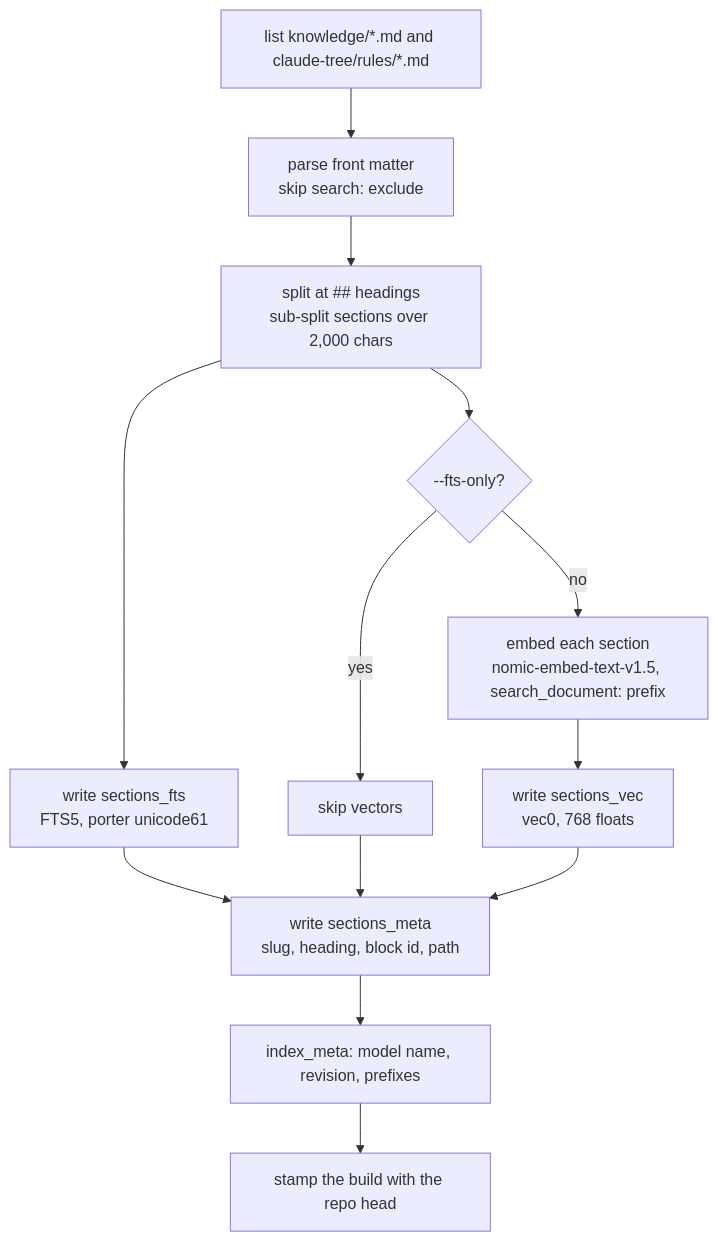
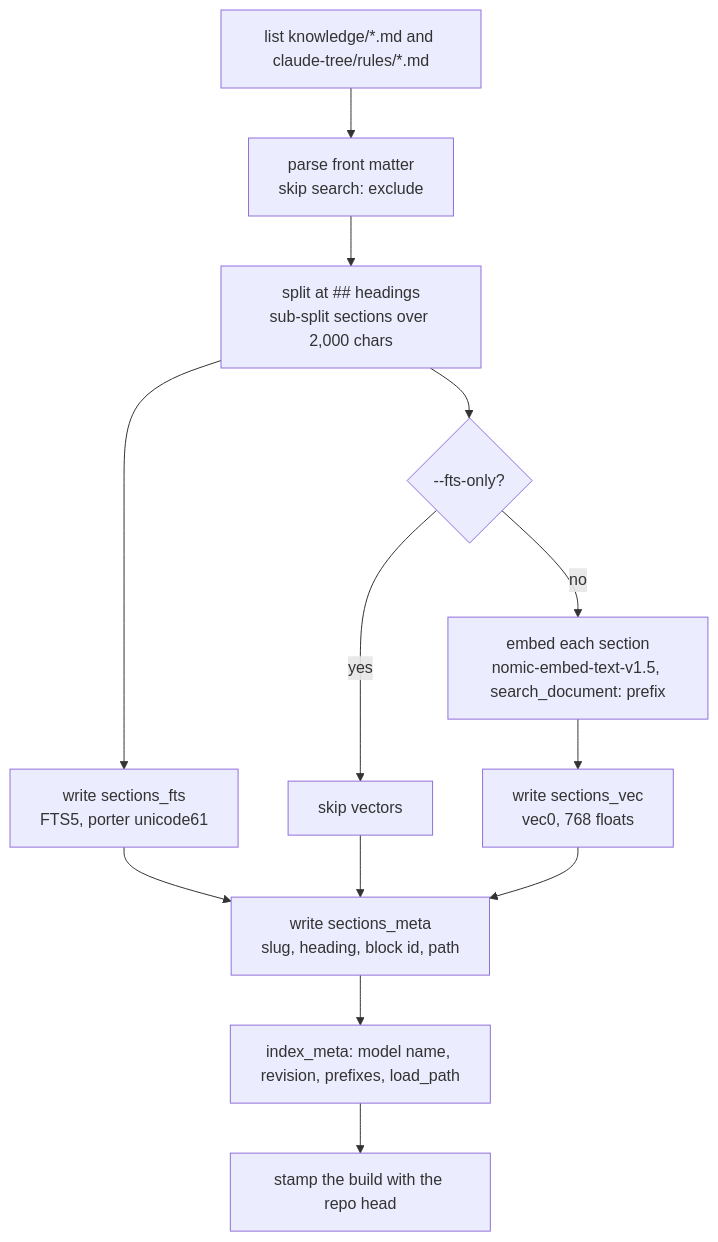
Before and after one commit to phbui/gestalt-core: the third of 8 diagrams in docs/ARCHITECTURE.md, drawn with Mermaid. The commit also changed other lines of this file and 207 other files, not shown here.

````diff
--- a/docs/ARCHITECTURE.md
+++ b/docs/ARCHITECTURE.md
@@ -55,15 +55,15 @@
 ```mermaid
 flowchart TD
   A["list knowledge/*.md and claude-tree/rules/*.md"] --> B["parse front matter<br/>skip search: exclude"]
   B --> C["split at ## headings<br/>sub-split sections over 2,000 chars"]
   C --> D["write sections_fts<br/>FTS5, porter unicode61"]
   C --> E{"--fts-only?"}
   E -->|yes| F["skip vectors"]
   E -->|no| G["embed each section<br/>nomic-embed-text-v1.5, search_document: prefix"]
   G --> H["write sections_vec<br/>vec0, 768 floats"]
   D --> I["write sections_meta<br/>slug, heading, block id, path"]
   F --> I
   H --> I
-  I --> J["index_meta: model name, revision, prefixes"]
+  I --> J["index_meta: model name, revision, prefixes, load_path"]
   J --> K["stamp the build with the repo head"]
 ```
````
